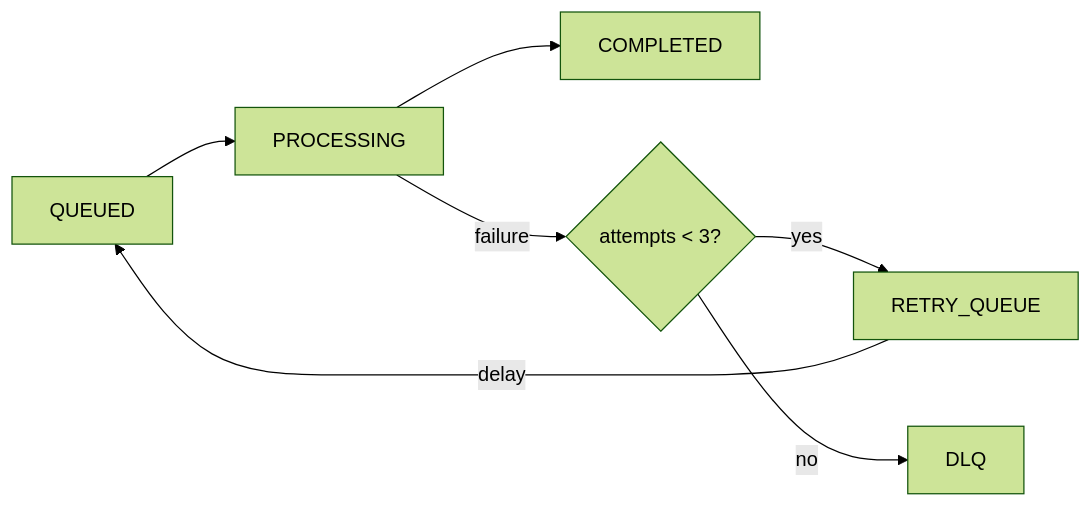
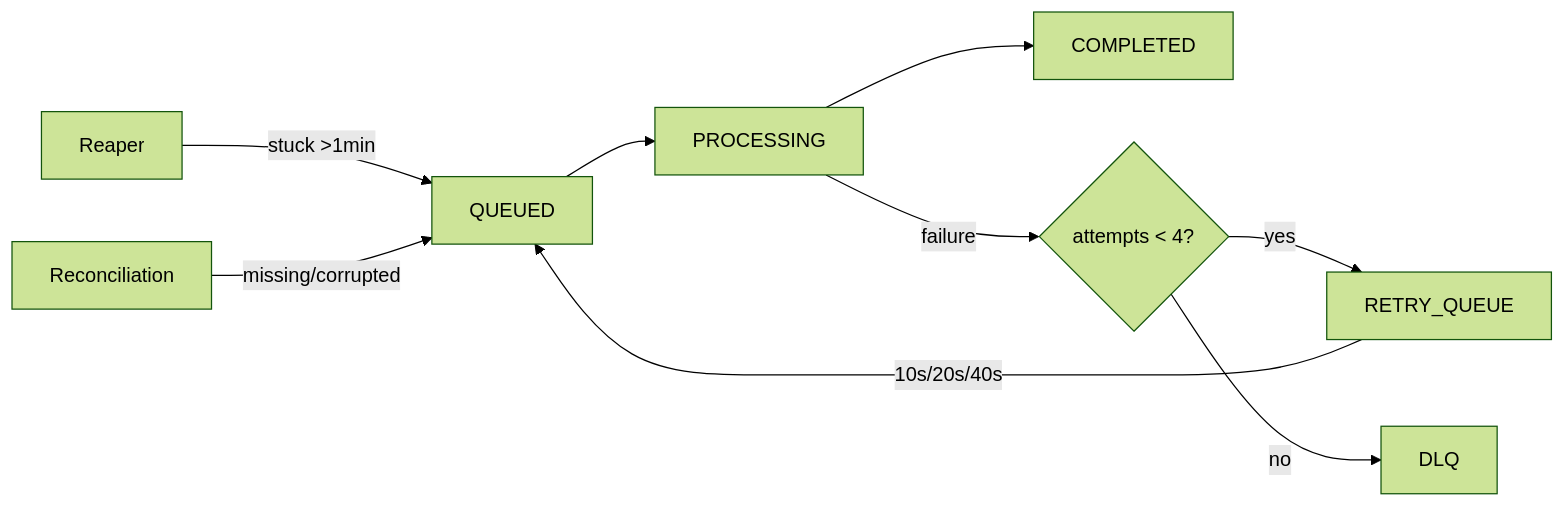
Before and after one commit to rnavxn/dist-job-processor: the second of 2 diagrams in README.md, drawn with Mermaid (forest theme). The commit also changed other lines of this file, not shown here.

````diff
--- a/README.md
+++ b/README.md
@@ -73,9 +97,12 @@
 ```mermaid
 graph LR
-A[QUEUED] --> B[PROCESSING]
-B --> C[COMPLETED]
-B -->|failure| D{attempts < 3?}
-D -->|yes| E[RETRY_QUEUE]
-E -->|delay| A
-D -->|no| F[DLQ]
+  A[QUEUED] --> B[PROCESSING]
+  B --> C[COMPLETED]
+  B -->|failure| D{attempts < 4?}
+  D -->|yes| E[RETRY_QUEUE]
+  E -->|10s/20s/40s| A
+  D -->|no| F[DLQ]
+
+  G[Reaper] -->|stuck >1min| A
+  H[Reconciliation] -->|missing/corrupted| A
 ```
````
